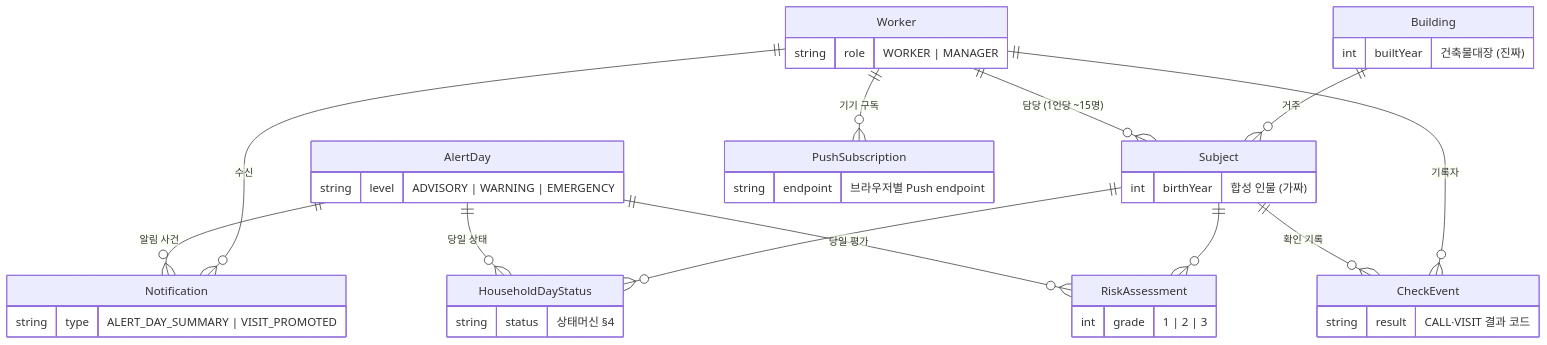
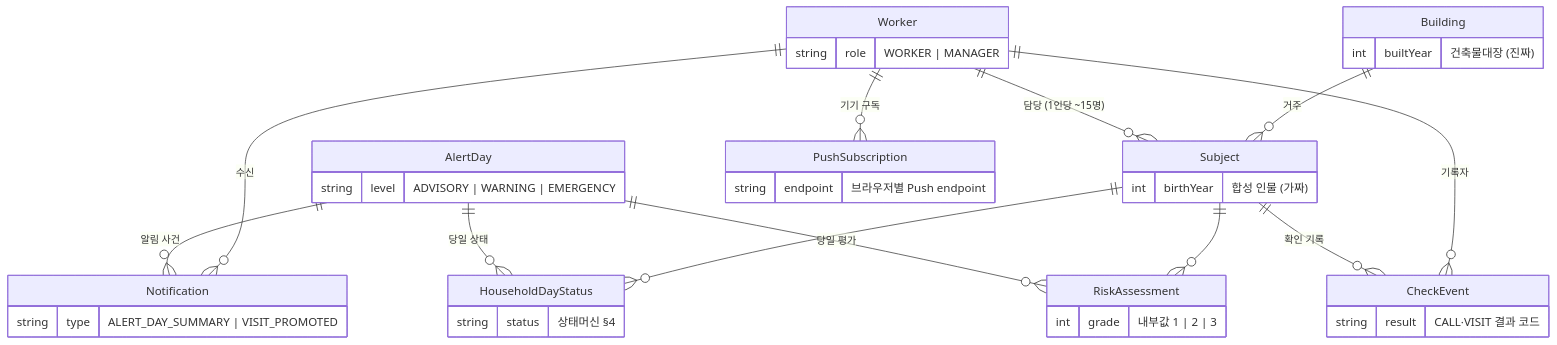
Before and after one commit to NO-TOKEN-NO-WORK/this-house-first: the second of 3 diagrams in docs/architecture.md, drawn with Mermaid. The commit also changed other lines of this file and 52 other files, not shown here.

````diff
--- a/docs/architecture.md
+++ b/docs/architecture.md
@@ -86,24 +86,24 @@
 ```mermaid
 erDiagram
     Worker ||--o{ Subject : "담당 (1인당 ~15명)"
     Building ||--o{ Subject : "거주"
     AlertDay ||--o{ RiskAssessment : "당일 평가"
     Subject ||--o{ RiskAssessment : ""
     AlertDay ||--o{ HouseholdDayStatus : "당일 상태"
     Subject ||--o{ HouseholdDayStatus : ""
     Subject ||--o{ CheckEvent : "확인 기록"
     Worker ||--o{ CheckEvent : "기록자"
     AlertDay ||--o{ Notification : "알림 사건"
     Worker ||--o{ Notification : "수신"
     Worker ||--o{ PushSubscription : "기기 구독"
 
     Worker { string role "WORKER | MANAGER" }
     Building { int builtYear "건축물대장 (진짜)" }
     Subject { int birthYear "합성 인물 (가짜)" }
     AlertDay { string level "ADVISORY | WARNING | EMERGENCY" }
-    RiskAssessment { int grade "1 | 2 | 3" }
+    RiskAssessment { int grade "내부값 1 | 2 | 3" }
     HouseholdDayStatus { string status "상태머신 §4" }
     CheckEvent { string result "CALL·VISIT 결과 코드" }
     Notification { string type "ALERT_DAY_SUMMARY | VISIT_PROMOTED" }
     PushSubscription { string endpoint "브라우저별 Push endpoint" }
 ```
````
